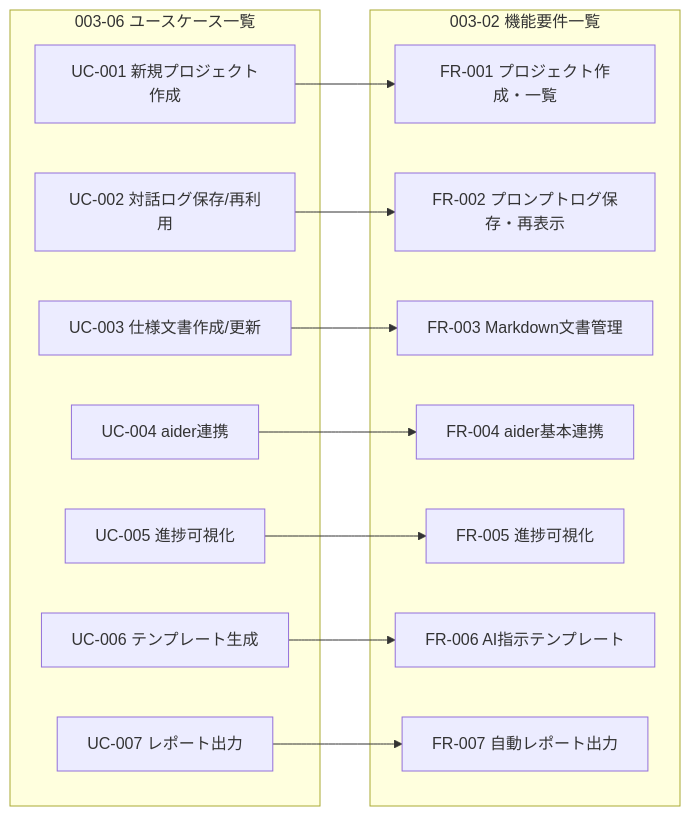
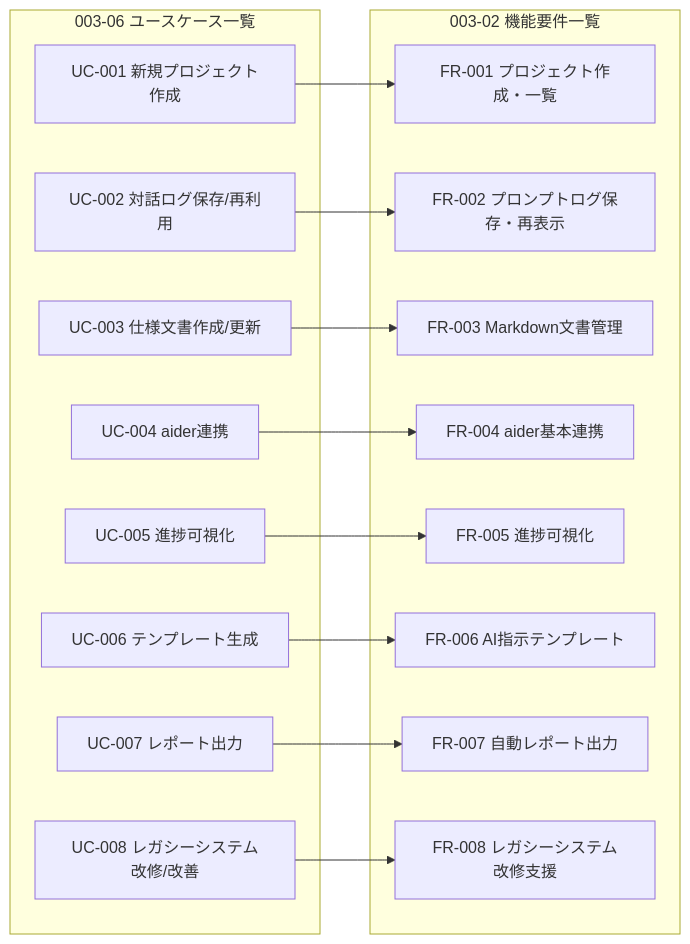
The diagram in _document/001.提案・要求仕様/003.要求仕様共通/003-06.ユースケース一覧.md (BossApe/lo-vibe), drawn with Mermaid before and after one commit. The commit also changed other lines of this file and 18 other files, not shown here.

````diff
--- a/_document/001.提案・要求仕様/003.要求仕様共通/003-06.ユースケース一覧.md
+++ b/_document/001.提案・要求仕様/003.要求仕様共通/003-06.ユースケース一覧.md
@@ -48,30 +50,33 @@
 ```mermaid
 flowchart LR
 	subgraph UC[003-06 ユースケース一覧]
 		UC001[UC-001 新規プロジェクト作成]
 		UC002[UC-002 対話ログ保存/再利用]
 		UC003[UC-003 仕様文書作成/更新]
 		UC004[UC-004 aider連携]
 		UC005[UC-005 進捗可視化]
 		UC006[UC-006 テンプレート生成]
 		UC007[UC-007 レポート出力]
+		UC008[UC-008 レガシーシステム改修/改善]
 	end
 
 	subgraph FR[003-02 機能要件一覧]
 		FR001[FR-001 プロジェクト作成・一覧]
 		FR002[FR-002 プロンプトログ保存・再表示]
 		FR003[FR-003 Markdown文書管理]
 		FR004[FR-004 aider基本連携]
 		FR005[FR-005 進捗可視化]
 		FR006[FR-006 AI指示テンプレート]
 		FR007[FR-007 自動レポート出力]
+		FR008[FR-008 レガシーシステム改修支援]
 	end
 
 	UC001 --> FR001
 	UC002 --> FR002
 	UC003 --> FR003
 	UC004 --> FR004
 	UC005 --> FR005
 	UC006 --> FR006
 	UC007 --> FR007
+	UC008 --> FR008
 ```
````
